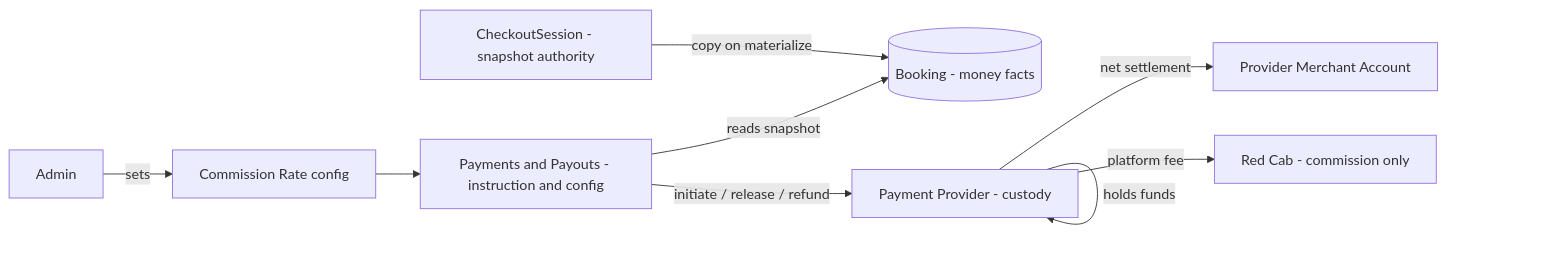
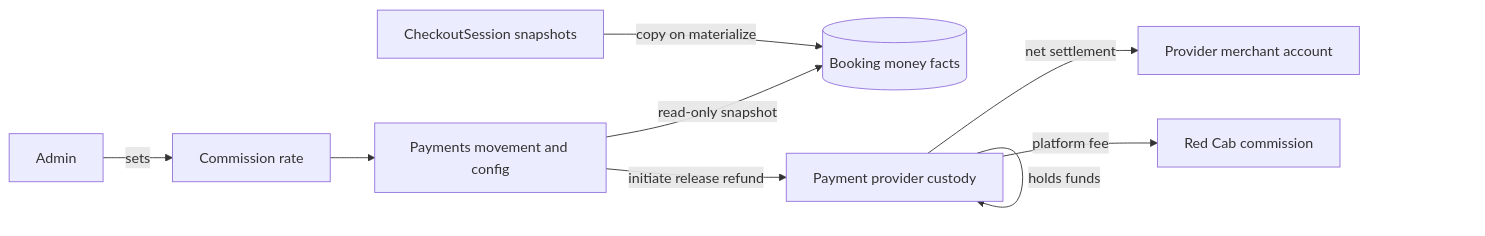
One commit to markmamba/redcab-docs changed the first of 3 diagrams in docs/30-49-domains/35-patterns/payments-architecture.md. Above: the diagram before and after it, drawn with Mermaid. The commit also changed other lines of this file and 51 other files, not shown here.

First line of the commit message:
docs(domains): normalize links, Mermaid leads, and navigation labels

````diff
--- a/docs/30-49-domains/35-patterns/payments-architecture.md
+++ b/docs/30-49-domains/35-patterns/payments-architecture.md
@@ -52,11 +54,11 @@
 ```mermaid
 graph LR
-  Session[CheckoutSession - snapshot authority] -->|"copy on materialize"| Booking[(Booking - money facts)]
-  Payments[Payments and Payouts - instruction and config] -->|reads snapshot| Booking
-  Payments -->|"initiate / release / refund"| PSP[Payment Provider - custody]
-  PSP -->|"holds funds"| PSP
-  PSP -->|net settlement| ProviderAcct[Provider Merchant Account]
-  PSP -->|platform fee| RedCab[Red Cab - commission only]
-  Admin[Admin] -->|sets| Rate[Commission Rate config]
+  Session[CheckoutSession snapshots] -->|copy on materialize| Booking[(Booking money facts)]
+  Payments[Payments movement and config] -->|read-only snapshot| Booking
+  Payments -->|initiate release refund| PSP[Payment provider custody]
+  PSP -->|holds funds| PSP
+  PSP -->|net settlement| ProviderAcct[Provider merchant account]
+  PSP -->|platform fee| RedCab[Red Cab commission]
+  Admin[Admin] -->|sets| Rate[Commission rate]
   Rate --> Payments
 ```
````
